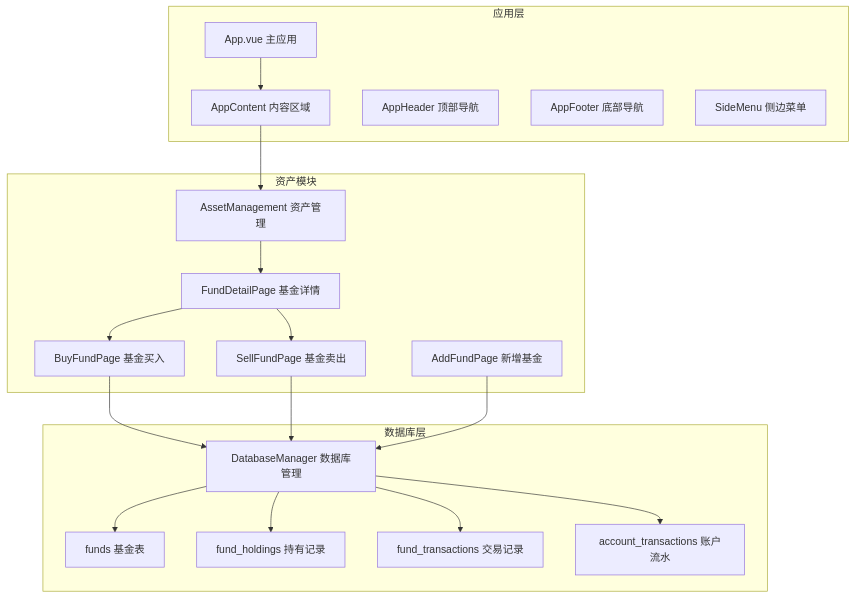
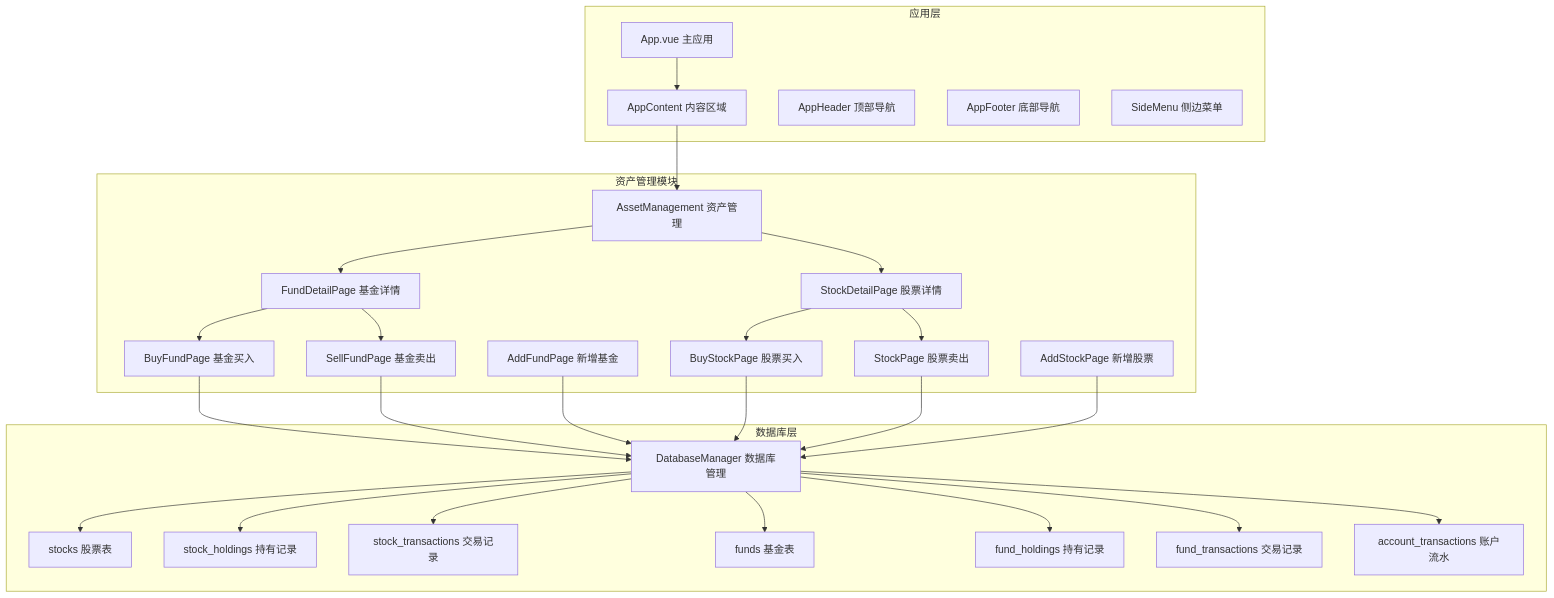
One commit to xiao-lin-unit/yuan changed the first of 11 diagrams in .qoder/repowiki/zh/content/资产管理/基金管理.md. Above: the diagram before and after it, drawn with Mermaid. The commit also changed other lines of this file and 37 other files, not shown here.

````diff
--- a/.qoder/repowiki/zh/content/资产管理/基金管理.md
+++ b/.qoder/repowiki/zh/content/资产管理/基金管理.md
@@ -49,36 +51,52 @@
 ```mermaid
 graph TB
 subgraph "应用层"
 App[App.vue 主应用]
 Content[AppContent 内容区域]
 Header[AppHeader 顶部导航]
 Footer[AppFooter 底部导航]
 Menu[SideMenu 侧边菜单]
 end
-subgraph "资产模块"
+subgraph "资产管理模块"
 Asset[AssetManagement 资产管理]
 FundDetail[FundDetailPage 基金详情]
 BuyFund[BuyFundPage 基金买入]
 SellFund[SellFundPage 基金卖出]
 AddFund[AddFundPage 新增基金]
+StockDetail[StockDetailPage 股票详情]
+BuyStock[BuyStockPage 股票买入]
+SellStock[StockPage 股票卖出]
+AddStock[AddStockPage 新增股票]
 end
 subgraph "数据库层"
 DB[DatabaseManager 数据库管理]
+Stocks[stocks 股票表]
+StockHoldings[stock_holdings 持有记录]
+StockTransactions[stock_transactions 交易记录]
 Funds[funds 基金表]
-Holdings[fund_holdings 持有记录]
-Transactions[fund_transactions 交易记录]
+FundHoldings[fund_holdings 持有记录]
+FundTransactions[fund_transactions 交易记录]
 AccountTransactions[account_transactions 账户流水]
 end
 App --> Content
 Content --> Asset
 Asset --> FundDetail
+Asset --> StockDetail
 FundDetail --> BuyFund
 FundDetail --> SellFund
+StockDetail --> BuyStock
+StockDetail --> SellStock
 BuyFund --> DB
 SellFund --> DB
 AddFund --> DB
+BuyStock --> DB
+SellStock --> DB
+AddStock --> DB
+DB --> Stocks
+DB --> StockHoldings
+DB --> StockTransactions
 DB --> Funds
-DB --> Holdings
-DB --> Transactions
+DB --> FundHoldings
+DB --> FundTransactions
 DB --> AccountTransactions
 ```
````
